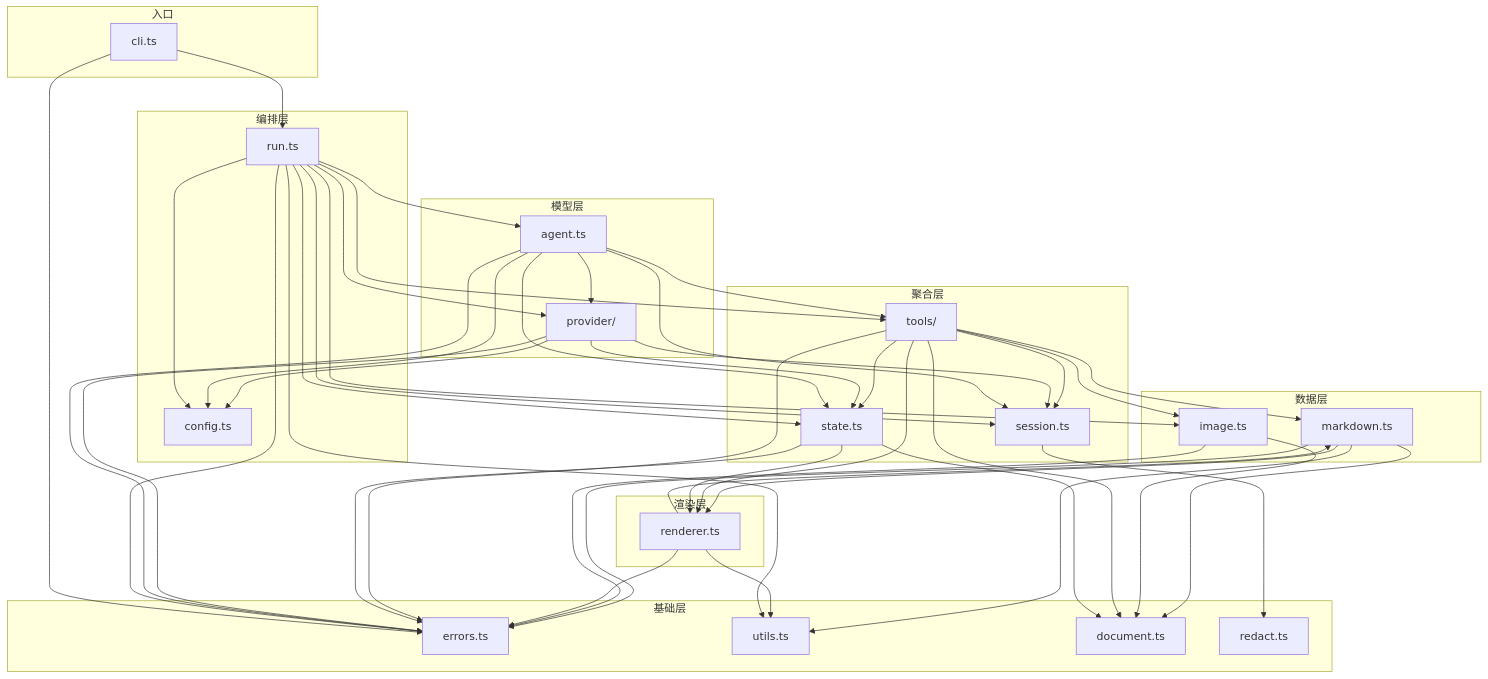
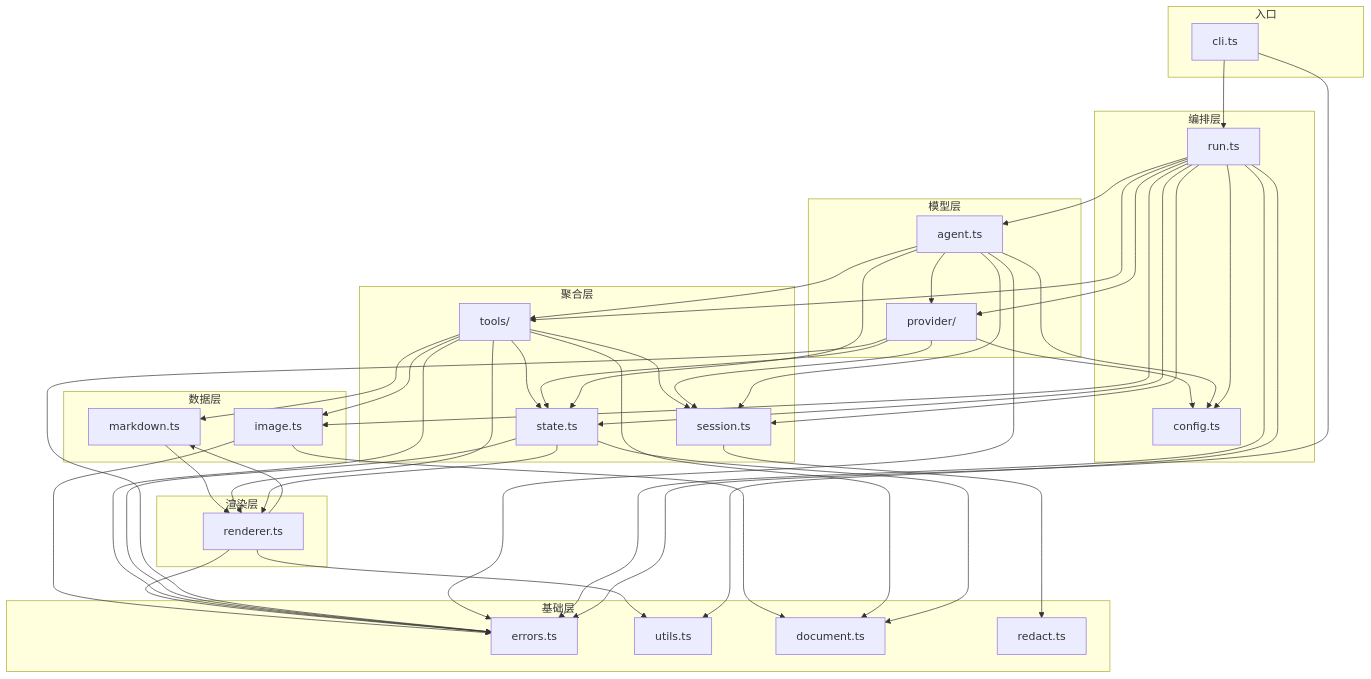
One commit to yjydist/handnote changed the first of 3 diagrams in design/architecture.md. Above: the diagram before and after it, drawn with Mermaid. The commit also changed 25 other files, not shown here.

````diff
--- a/design/architecture.md
+++ b/design/architecture.md
@@ -5,74 +5,71 @@
 ```mermaid
 flowchart TB
     subgraph base["基础层"]
         errors["errors.ts"]
         utils["utils.ts"]
         document["document.ts"]
         redact["redact.ts"]
     end
     subgraph data["数据层"]
         markdown["markdown.ts"]
         image["image.ts"]
     end
     subgraph render["渲染层"]
         renderer["renderer.ts"]
     end
     subgraph aggregate["聚合层"]
         state["state.ts"]
         session["session.ts"]
         tools["tools/"]
     end
     subgraph model["模型层"]
         provider["provider/"]
         agent["agent.ts"]
     end
     subgraph orchestrate["编排层"]
         config["config.ts"]
         run["run.ts"]
     end
     subgraph entry["入口"]
         cli["cli.ts"]
     end
 
-    markdown --> document
     markdown --> renderer
-    markdown --> utils
-    markdown --> errors
     image --> document
     image --> errors
     renderer --> markdown
     renderer --> utils
     renderer --> errors
     session --> redact
     tools --> markdown
     tools --> image
     tools --> renderer
     tools --> document
     tools --> state
     tools --> session
     tools --> errors
     state --> document
     state --> renderer
     state --> errors
     provider --> config
     provider --> session
     provider --> state
     provider --> errors
     agent --> provider
     agent --> config
     agent --> session
     agent --> state
     agent --> tools
     agent --> errors
     run --> agent
     run --> config
     run --> image
     run --> provider
     run --> session
     run --> state
     run --> tools
     run --> errors
     run --> utils
     cli --> run
     cli --> errors
 ```
````
